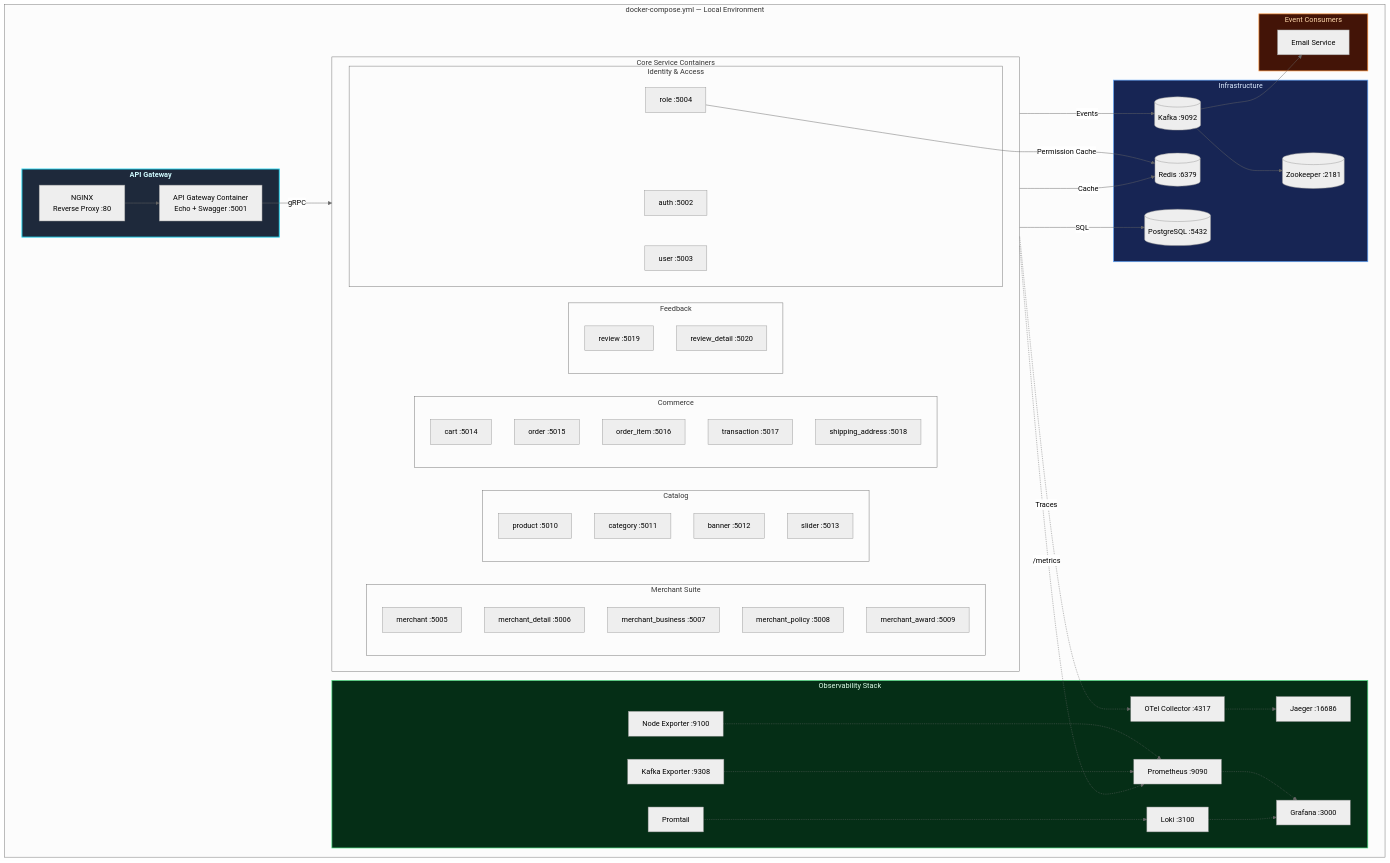
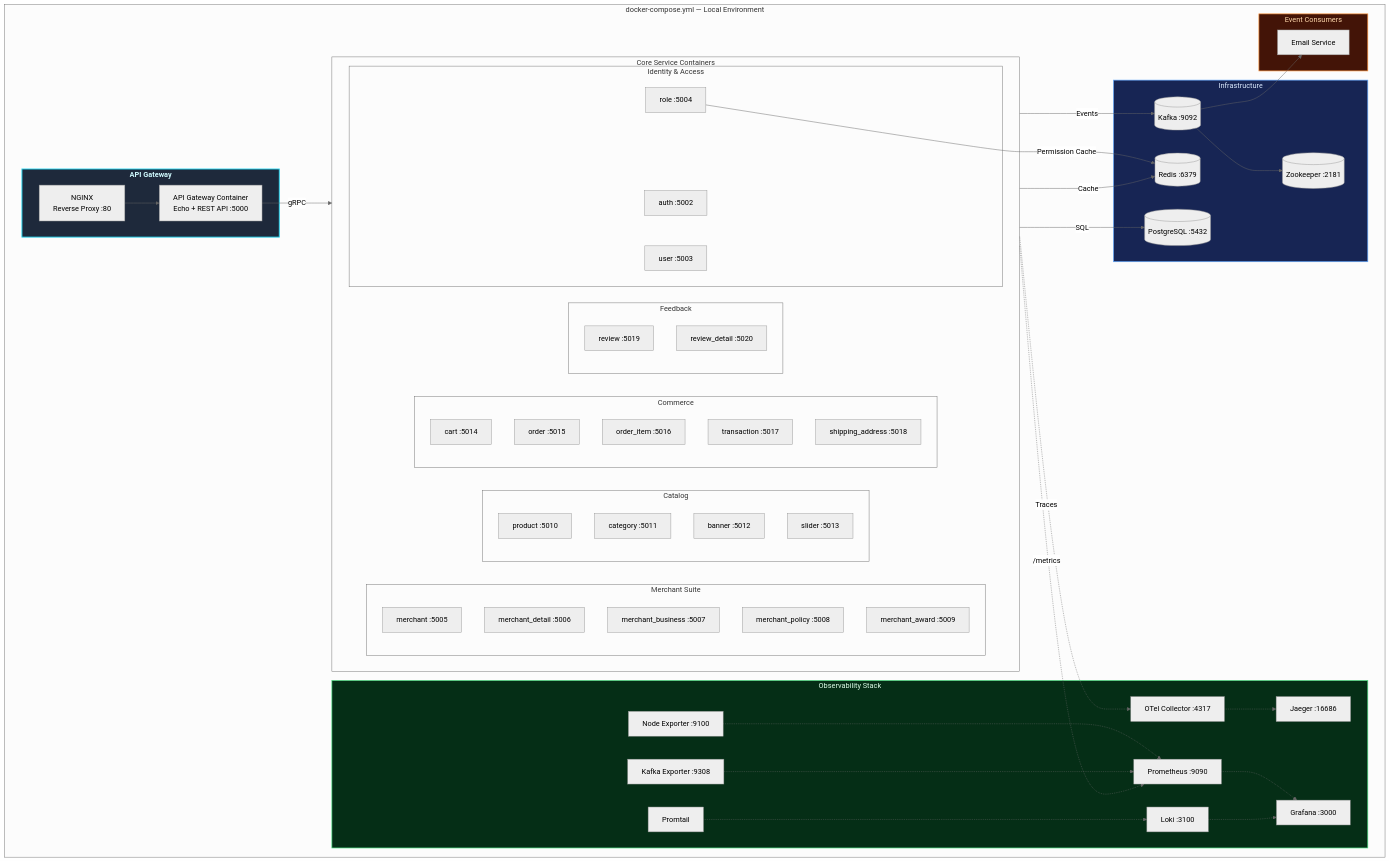
The seventh of 8 diagrams in README.md (MamangRust/monolith-ecommerce-grpc), drawn with Mermaid (neutral theme) before and after one commit. The commit also changed other lines of this file, not shown here.

Commit message:
docs: update API documentation, endpoints, and tooling references in README.md

```diff
--- a/README.md
+++ b/README.md
@@ -413,7 +413,7 @@
 
         subgraph Gateway["API Gateway"]
             NGINX["NGINX<br/>Reverse Proxy :80"]
-            APIGW["API Gateway Container<br/>Echo + Swagger :5001"]
+            APIGW["API Gateway Container<br/>Echo + REST API :5000"]
         end
         class Gateway gateway
 
```
